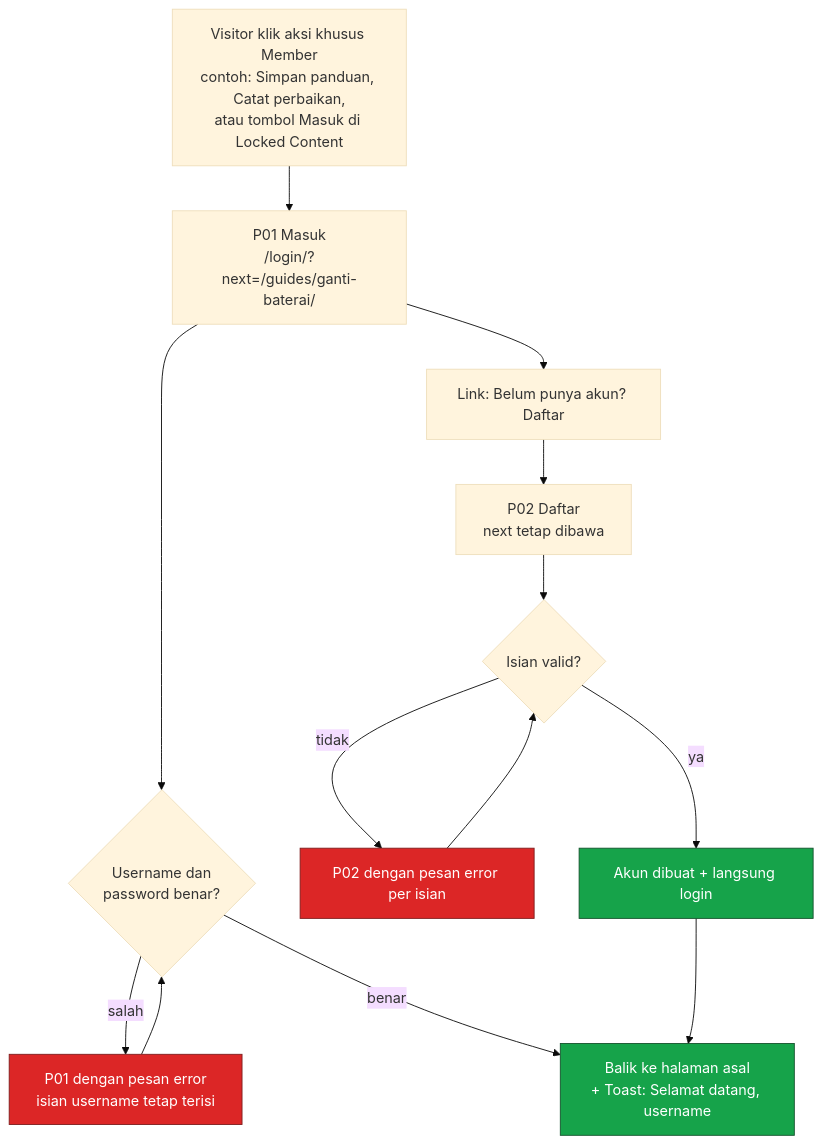
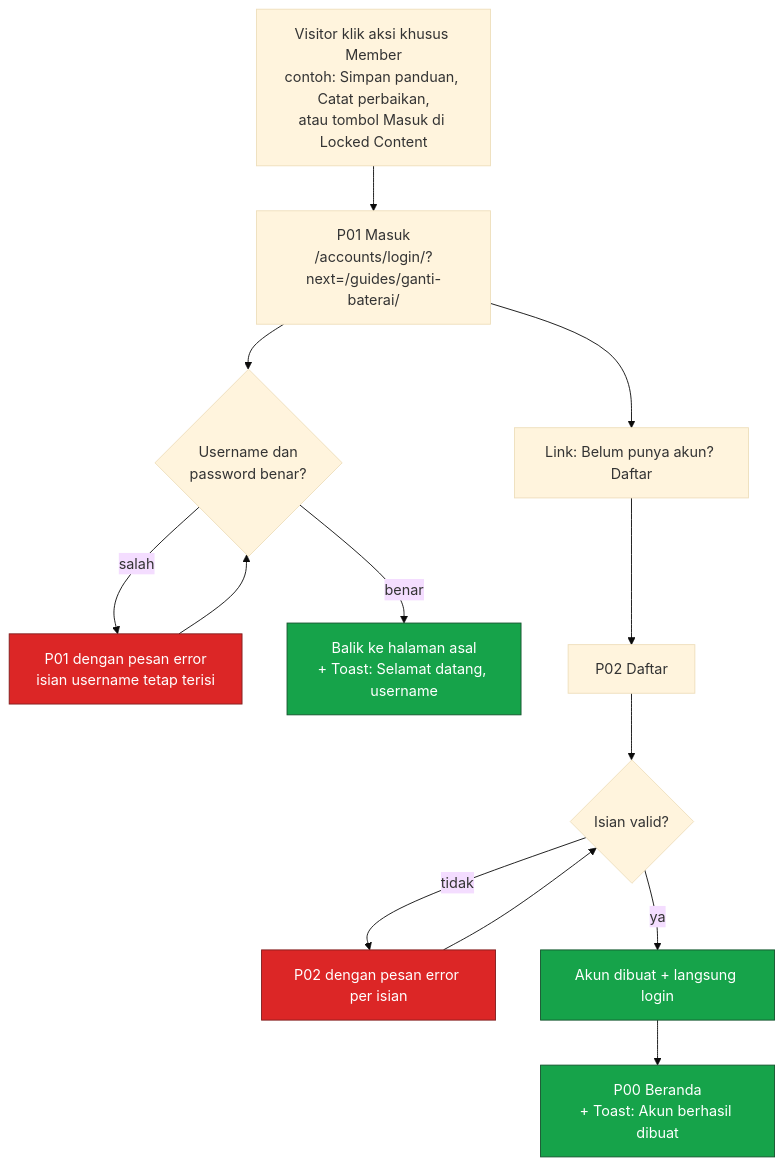
Before and after one commit to Kiara996/sparein: the third of 10 diagrams in docs/UI-Specs.md, drawn with Mermaid (base theme). The commit also changed other lines of this file, not shown here.

````diff
--- a/docs/UI-Specs.md
+++ b/docs/UI-Specs.md
@@ -915,20 +936,20 @@
 ```mermaid
 flowchart TD
-  A["Visitor klik aksi khusus Member<br/>contoh: Simpan panduan, Catat perbaikan,<br/>atau tombol Masuk di Locked Content"] --> B["P01 Masuk<br/>/login/?next=/guides/ganti-baterai/"]
+  A["Visitor klik aksi khusus Member<br/>contoh: Simpan panduan, Catat perbaikan,<br/>atau tombol Masuk di Locked Content"] --> B["P01 Masuk<br/>/accounts/login/?next=/guides/ganti-baterai/"]
   B --> C{"Username dan<br/>password benar?"}
   C -- salah --> D["P01 dengan pesan error<br/>isian username tetap terisi"]
   D --> C
   C -- benar --> E["Balik ke halaman asal<br/>+ Toast: Selamat datang, username"]
   B --> F["Link: Belum punya akun? Daftar"]
-  F --> G["P02 Daftar<br/>next tetap dibawa"]
+  F --> G["P02 Daftar"]
   G --> H{"Isian valid?"}
   H -- tidak --> I["P02 dengan pesan error per isian"]
   I --> H
   H -- ya --> J["Akun dibuat + langsung login"]
-  J --> E
+  J --> K["P00 Beranda<br/>+ Toast: Akun berhasil dibuat"]
 
   classDef ok fill:#16A34A,stroke:#14532D,color:#fff
   classDef bad fill:#DC2626,stroke:#7F1D1D,color:#fff
-  class E,J ok
+  class E,J,K ok
   class D,I bad
 ```
````
